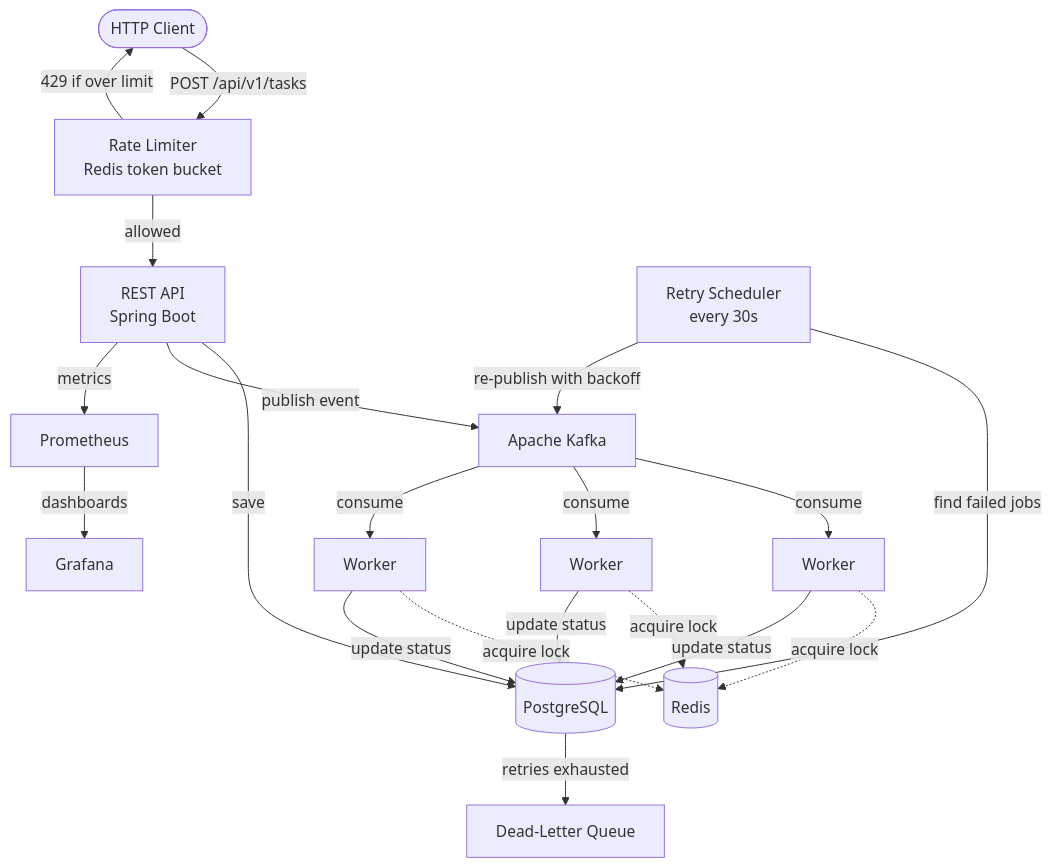
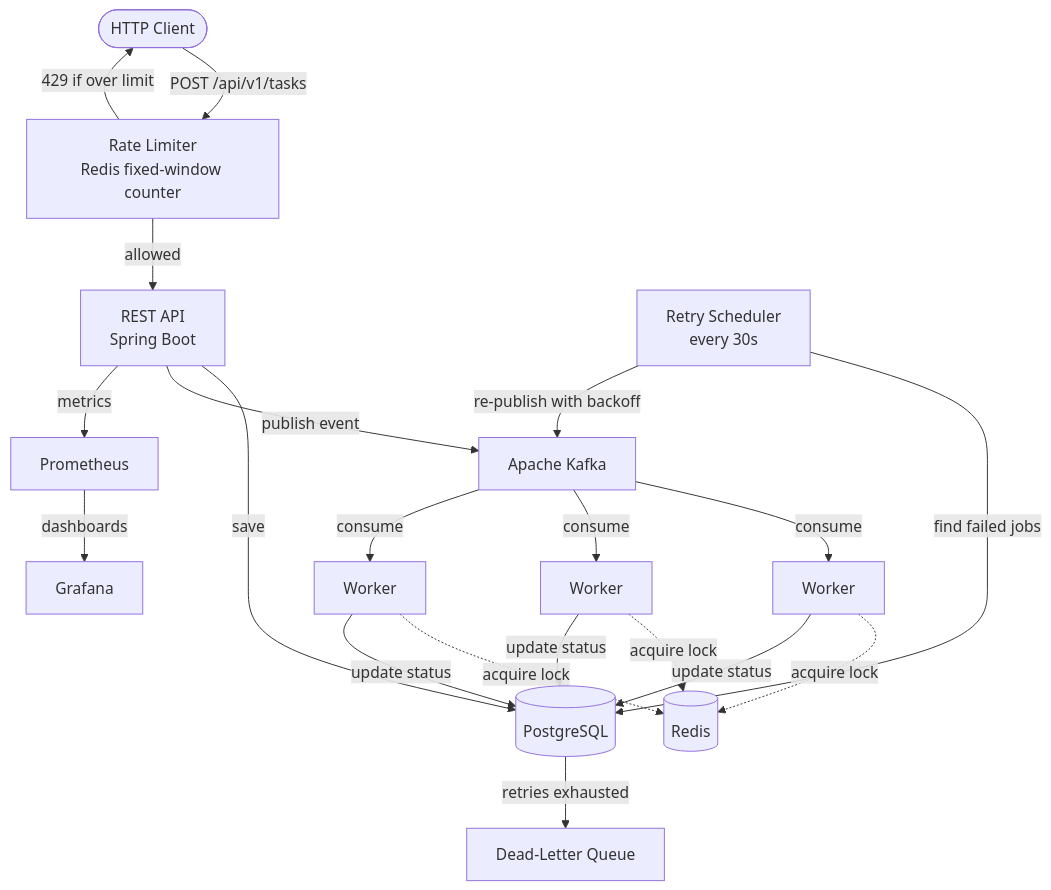
Before and after one commit to PubuduGunasekara/distributed-task-scheduler: the diagram in README.md, drawn with Mermaid. The commit also changed other lines of this file and 21 other files, not shown here.

````diff
--- a/README.md
+++ b/README.md
@@ -61,26 +61,26 @@
 ```mermaid
 graph TB
-    Client([HTTP Client]) -->|POST /api/v1/tasks| RL[Rate Limiter<br/>Redis token bucket]
+    Client([HTTP Client]) -->|POST /api/v1/tasks| RL[Rate Limiter<br/>Redis fixed-window counter]
     RL -->|429 if over limit| Client
     RL -->|allowed| API[REST API<br/>Spring Boot]
     API -->|save| DB[(PostgreSQL)]
     API -->|publish event| K[Apache Kafka]
 
     K -->|consume| W1[Worker]
     K -->|consume| W2[Worker]
     K -->|consume| W3[Worker]
 
     W1 -.acquire lock.-> R[(Redis)]
     W2 -.acquire lock.-> R
     W3 -.acquire lock.-> R
 
     W1 -->|update status| DB
     W2 -->|update status| DB
     W3 -->|update status| DB
 
     RS[Retry Scheduler<br/>every 30s] -->|find failed jobs| DB
     RS -->|re-publish with backoff| K
     DB -->|retries exhausted| DLQ[Dead-Letter Queue]
 
     API -->|metrics| P[Prometheus] -->|dashboards| G[Grafana]
 ```
````
